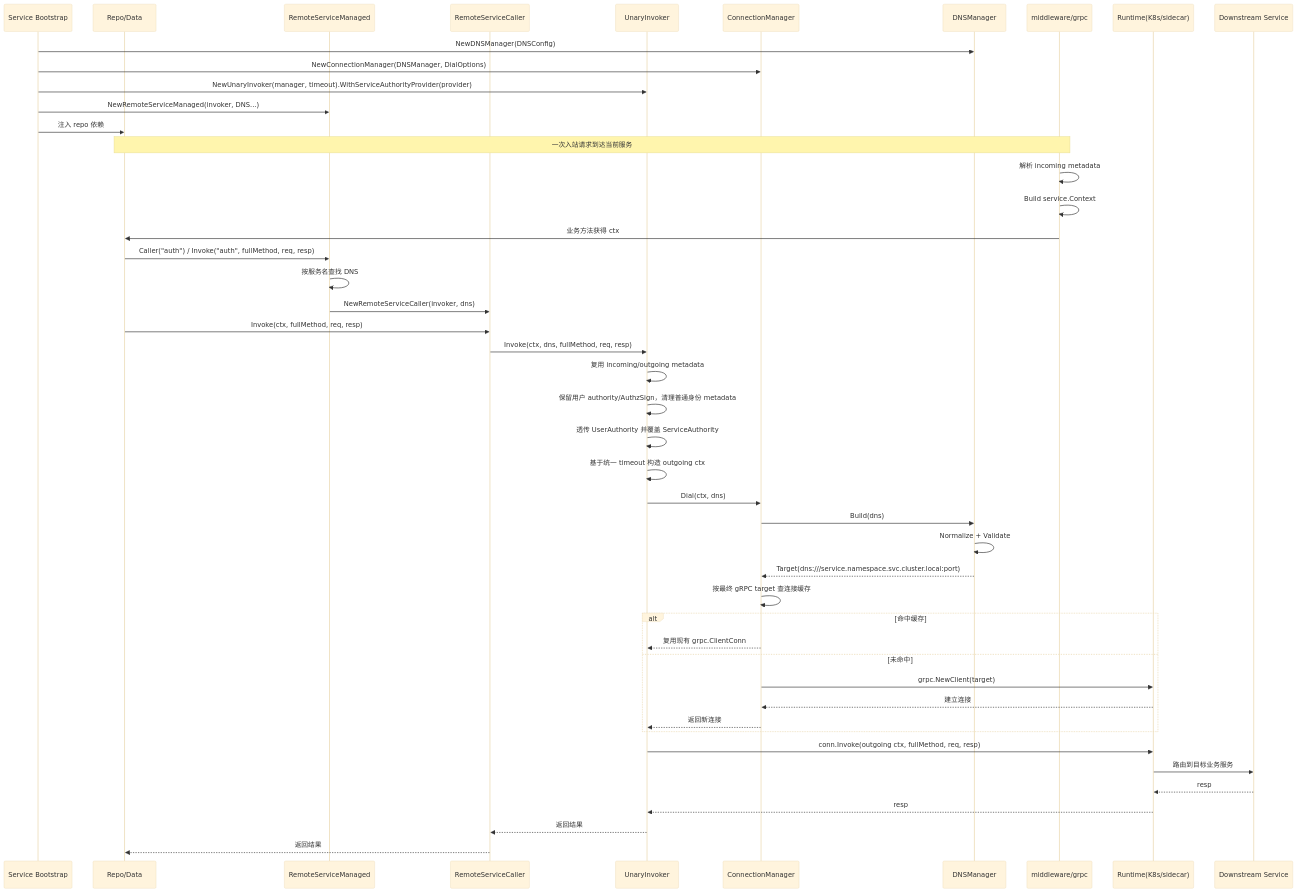
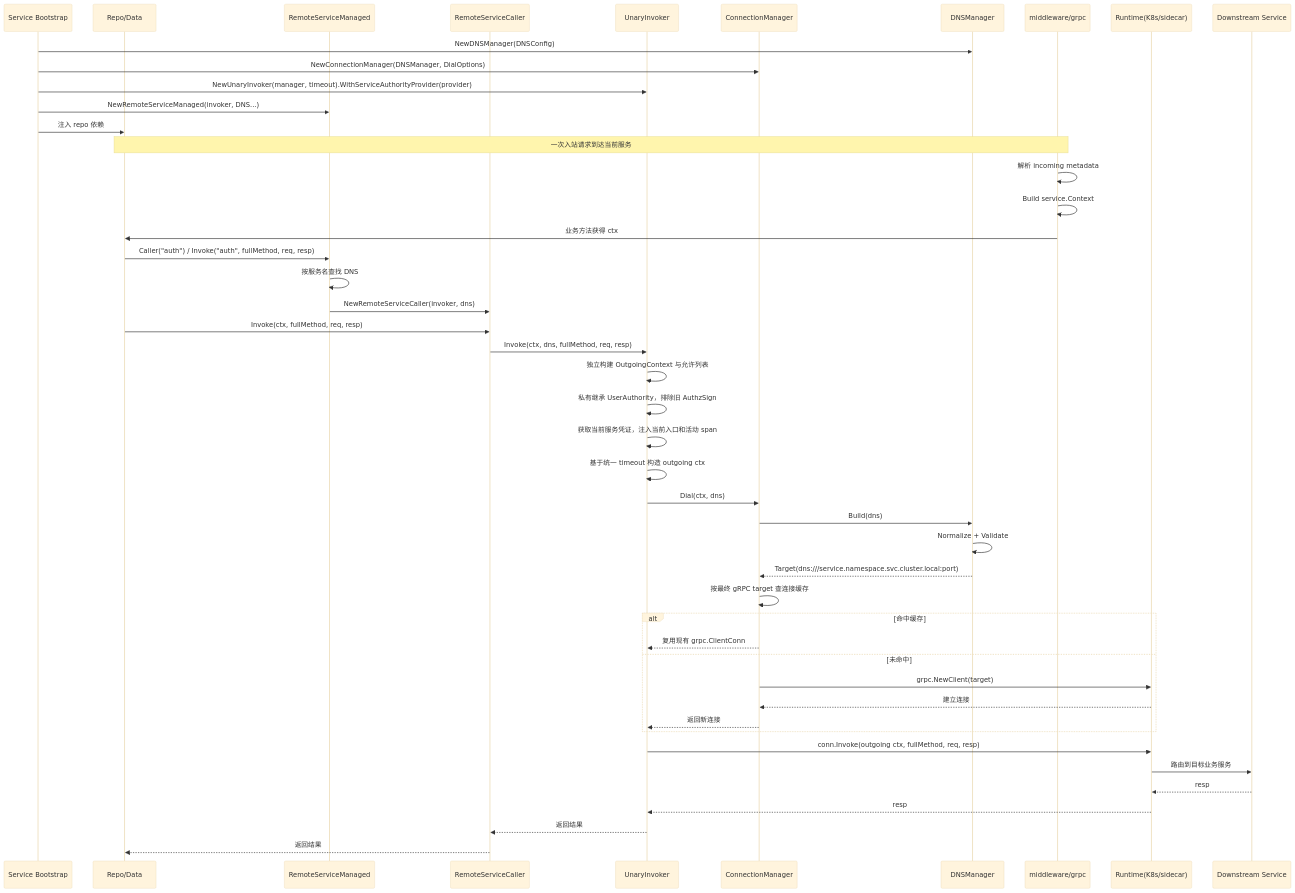
One commit to fireflycore/go-micro changed the diagram in invocation/docs/ARCHITECTURE.md. Above: the diagram before and after it, drawn with Mermaid (base theme). The commit also changed other lines of this file and 4 other files, not shown here.

````diff
--- a/invocation/docs/ARCHITECTURE.md
+++ b/invocation/docs/ARCHITECTURE.md
@@ -156,54 +156,54 @@
 ```mermaid
 sequenceDiagram
     participant Boot as Service Bootstrap
     participant Repo as Repo/Data
     participant RSM as RemoteServiceManaged
     participant RSC as RemoteServiceCaller
     participant UI as UnaryInvoker
     participant CM as ConnectionManager
     participant DM as DNSManager
     participant MG as middleware/grpc
     participant RT as Runtime(K8s/sidecar)
     participant Down as Downstream Service
 
     Boot->>DM: NewDNSManager(DNSConfig)
     Boot->>CM: NewConnectionManager(DNSManager, DialOptions)
     Boot->>UI: NewUnaryInvoker(manager, timeout).WithServiceAuthorityProvider(provider)
     Boot->>RSM: NewRemoteServiceManaged(invoker, DNS...)
     Boot->>Repo: 注入 repo 依赖
 
     Note over MG,Repo: 一次入站请求到达当前服务
     MG->>MG: 解析 incoming metadata
     MG->>MG: Build service.Context
     MG->>Repo: 业务方法获得 ctx
 
     Repo->>RSM: Caller("auth") / Invoke("auth", fullMethod, req, resp)
     RSM->>RSM: 按服务名查找 DNS
     RSM->>RSC: NewRemoteServiceCaller(invoker, dns)
     Repo->>RSC: Invoke(ctx, fullMethod, req, resp)
 
     RSC->>UI: Invoke(ctx, dns, fullMethod, req, resp)
-    UI->>UI: 复用 incoming/outgoing metadata
-    UI->>UI: 保留用户 authority/AuthzSign，清理普通身份 metadata
-    UI->>UI: 透传 UserAuthority 并覆盖 ServiceAuthority
+    UI->>UI: 独立构建 OutgoingContext 与允许列表
+    UI->>UI: 私有继承 UserAuthority，排除旧 AuthzSign
+    UI->>UI: 获取当前服务凭证，注入当前入口和活动 span
     UI->>UI: 基于统一 timeout 构造 outgoing ctx
     UI->>CM: Dial(ctx, dns)
     CM->>DM: Build(dns)
     DM->>DM: Normalize + Validate
     DM-->>CM: Target(dns:///service.namespace.svc.cluster.local:port)
     CM->>CM: 按最终 gRPC target 查连接缓存
     alt 命中缓存
         CM-->>UI: 复用现有 grpc.ClientConn
     else 未命中
         CM->>RT: grpc.NewClient(target)
         RT-->>CM: 建立连接
         CM-->>UI: 返回新连接
     end
 
     UI->>RT: conn.Invoke(outgoing ctx, fullMethod, req, resp)
     RT->>Down: 路由到目标业务服务
     Down-->>RT: resp
     RT-->>UI: resp
     UI-->>RSC: 返回结果
     RSC-->>Repo: 返回结果
 ```
````
